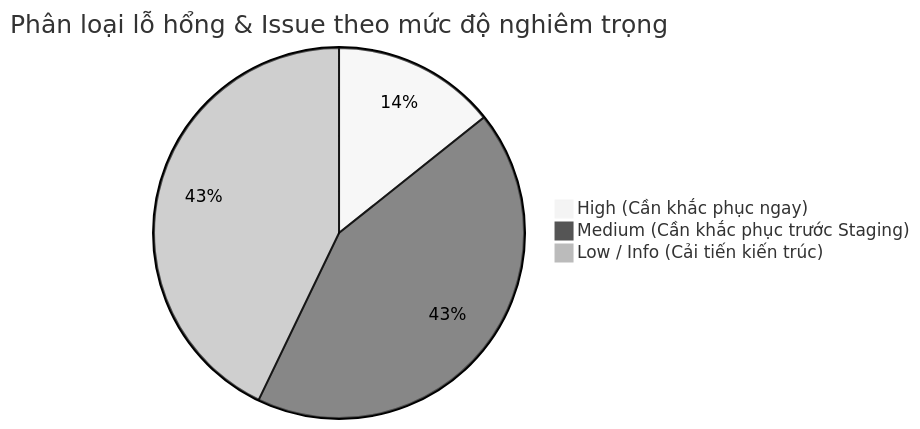
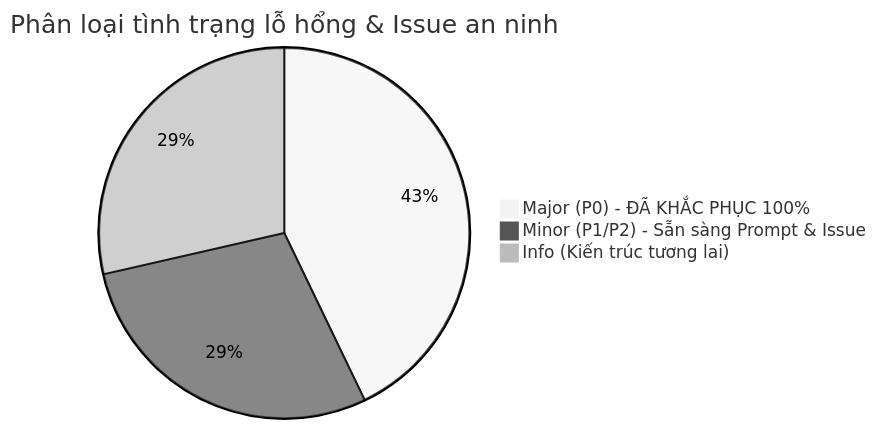
The first of 3 diagrams in docs/SECURITY_HANDOVER_REPORT.md (duongbaphuc/ai-native-oms-api), drawn with Mermaid (neutral theme) before and after one commit. The commit also changed other lines of this file and 1 other file, not shown here.

````diff
--- a/docs/SECURITY_HANDOVER_REPORT.md
+++ b/docs/SECURITY_HANDOVER_REPORT.md
@@ -70,6 +72,6 @@
 ```mermaid
-pie title Phân loại lỗ hổng & Issue theo mức độ nghiêm trọng
-    "High (Cần khắc phục ngay)" : 1
-    "Medium (Cần khắc phục trước Staging)" : 3
-    "Low / Info (Cải tiến kiến trúc)" : 3
+pie title Phân loại tình trạng lỗ hổng & Issue an ninh
+    "Major (P0) - ĐÃ KHẮC PHỤC 100%" : 3
+    "Minor (P1/P2) - Sẵn sàng Prompt & Issue" : 2
+    "Info (Kiến trúc tương lai)" : 2
 ```
````
